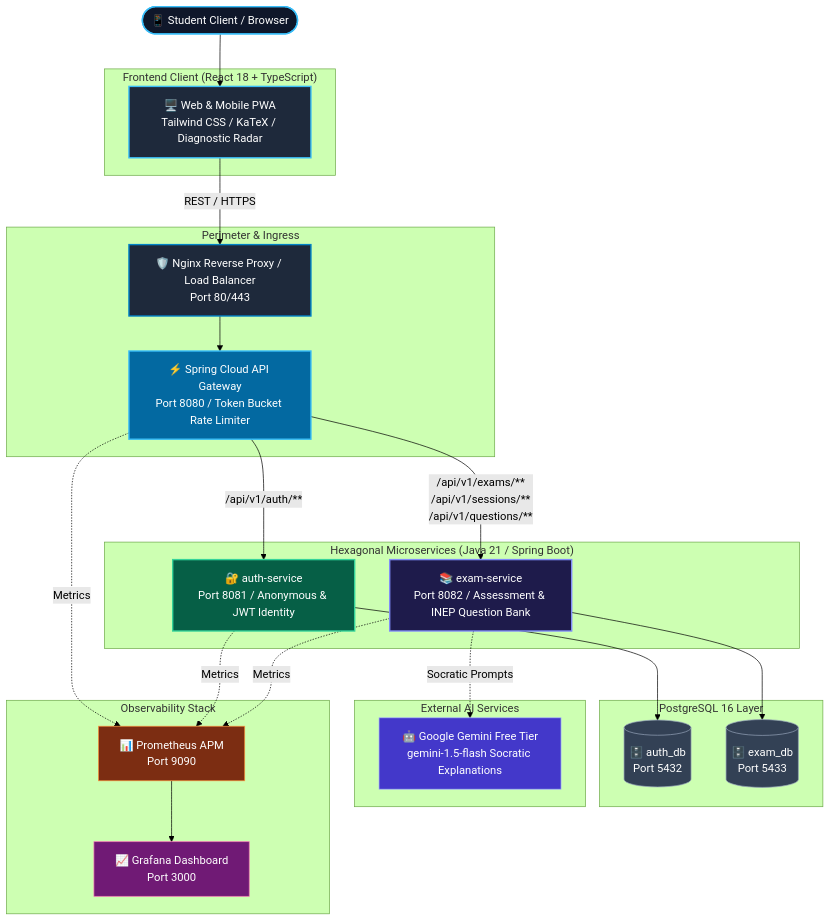
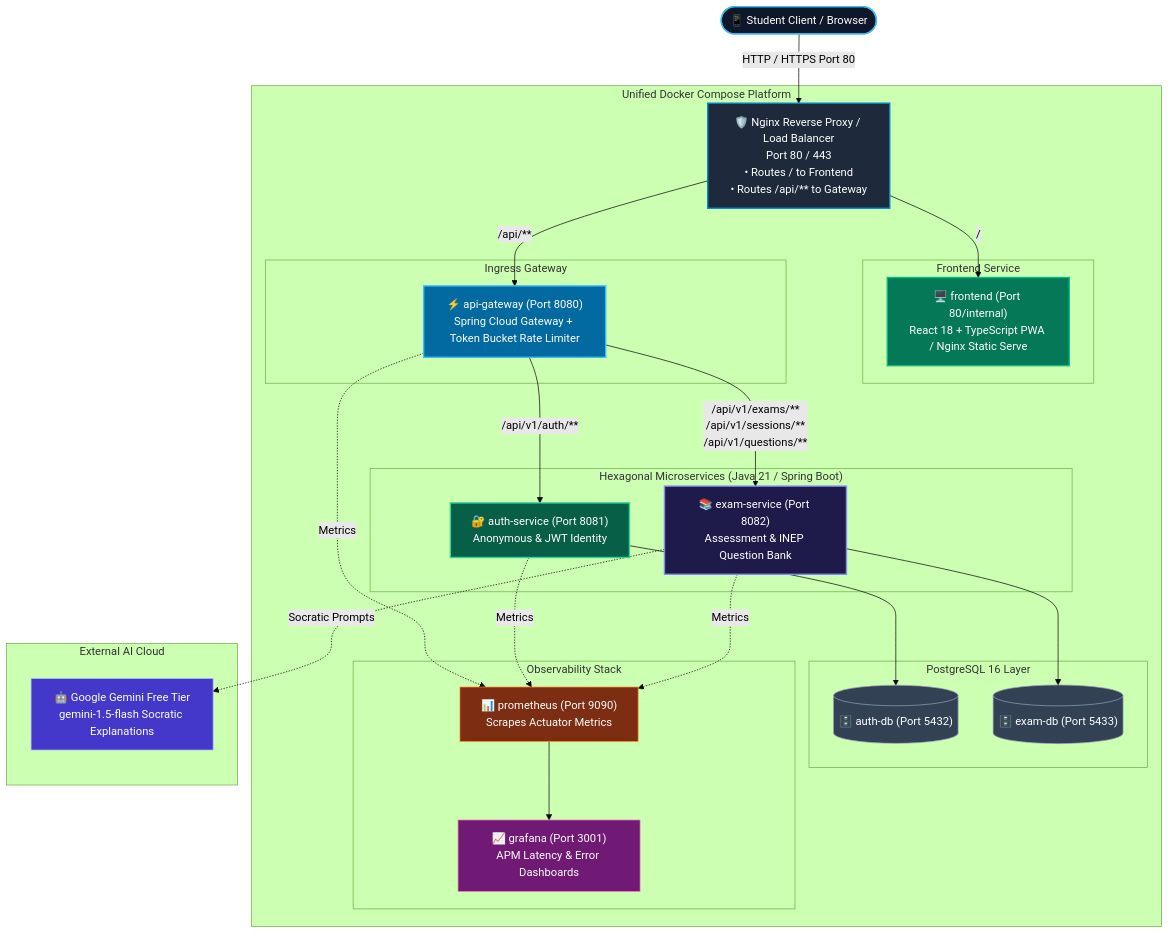
Before and after one commit to Veras-D/AprovaENEM: the diagram in README.md, drawn with Mermaid (forest theme). The commit also changed other lines of this file and 2 other files, not shown here.

Commit message:
docs: update architecture, README, and backlog to reflect full-stack Docker Compose setup

````diff
--- a/README.md
+++ b/README.md
@@ -89,59 +89,62 @@
 ```mermaid
 graph TD
     User([📱 Student Client / Browser])
     
-    subgraph FrontendLayer ["Frontend Client (React 18 + TypeScript)"]
-        UI["🖥️ Web & Mobile PWA<br/>Tailwind CSS / KaTeX / Diagnostic Radar"]
+    subgraph DockerPlatform ["Unified Docker Compose Platform"]
+        Nginx["🛡️ Nginx Reverse Proxy / Load Balancer<br/>Port 80 / 443<br/>• Routes / to Frontend<br/>• Routes /api/** to Gateway"]
+
+        subgraph FrontendContainer ["Frontend Service"]
+            UI["🖥️ frontend (Port 80/internal)<br/>React 18 + TypeScript PWA / Nginx Static Serve"]
+        end
+
+        subgraph IngressContainer ["Ingress Gateway"]
+            Gateway["⚡ api-gateway (Port 8080)<br/>Spring Cloud Gateway + Token Bucket Rate Limiter"]
+        end
+
+        subgraph MicroservicesLayer ["Hexagonal Microservices (Java 21 / Spring Boot)"]
+            AuthSvc["🔐 auth-service (Port 8081)<br/>Anonymous & JWT Identity"]
+            ExamSvc["📚 exam-service (Port 8082)<br/>Assessment & INEP Question Bank"]
+        end
+
+        subgraph PersistenceLayer ["PostgreSQL 16 Layer"]
+            AuthDB[("🗄️ auth-db (Port 5432)")]
+            ExamDB[("🗄️ exam-db (Port 5433)")]
+        end
+
+        subgraph TelemetryLayer ["Observability Stack"]
+            Prometheus["📊 prometheus (Port 9090)<br/>Scrapes Actuator Metrics"]
+            Grafana["📈 grafana (Port 3001)<br/>APM Latency & Error Dashboards"]
+        end
     end
 
-    subgraph IngressLayer ["Perimeter & Ingress"]
-        Nginx["🛡️ Nginx Reverse Proxy / Load Balancer<br/>Port 80/443"]
-        Gateway["⚡ Spring Cloud API Gateway<br/>Port 8080 / Token Bucket Rate Limiter"]
-    end
-
-    subgraph MicroservicesLayer ["Hexagonal Microservices (Java 21 / Spring Boot)"]
-        AuthSvc["🔐 auth-service<br/>Port 8081 / Anonymous & JWT Identity"]
-        ExamSvc["📚 exam-service<br/>Port 8082 / Assessment & INEP Question Bank"]
-    end
-
-    subgraph PersistenceLayer ["PostgreSQL 16 Layer"]
-        AuthDB[("🗄️ auth_db<br/>Port 5432")]
-        ExamDB[("🗄️ exam_db<br/>Port 5433")]
-    end
-
-    subgraph ExternalServices ["External AI Services"]
+    subgraph ExternalServices ["External AI Cloud"]
         Gemini["🤖 Google Gemini Free Tier<br/>gemini-1.5-flash Socratic Explanations"]
     end
 
-    subgraph TelemetryLayer ["Observability Stack"]
-        Prometheus["📊 Prometheus APM<br/>Port 9090"]
-        Grafana["📈 Grafana Dashboard<br/>Port 3000"]
-    end
-
-    User --> UI
-    UI -->|REST / HTTPS| Nginx
-    Nginx --> Gateway
+    User -->|HTTP / HTTPS Port 80| Nginx
+    Nginx -->|/| UI
+    Nginx -->|/api/**| Gateway
     Gateway -->|/api/v1/auth/**| AuthSvc
     Gateway -->|/api/v1/exams/**<br/>/api/v1/sessions/**<br/>/api/v1/questions/**| ExamSvc
 
     AuthSvc --> AuthDB
     ExamSvc --> ExamDB
     ExamSvc -.->|Socratic Prompts| Gemini
 
     Gateway -.->|Metrics| Prometheus
     AuthSvc -.->|Metrics| Prometheus
     ExamSvc -.->|Metrics| Prometheus
     Prometheus --> Grafana
 
     style User fill:#0f172a,stroke:#38bdf8,stroke-width:2px,color:#fff
-    style UI fill:#1e293b,stroke:#38bdf8,stroke-width:2px,color:#fff
     style Nginx fill:#1e293b,stroke:#0284c7,stroke-width:2px,color:#fff
+    style UI fill:#047857,stroke:#10b981,stroke-width:2px,color:#fff
     style Gateway fill:#0369a1,stroke:#38bdf8,stroke-width:2px,color:#fff
     style AuthSvc fill:#065f46,stroke:#34d399,stroke-width:2px,color:#fff
     style ExamSvc fill:#1e1b4b,stroke:#818cf8,stroke-width:2px,color:#fff
     style AuthDB fill:#334155,stroke:#94a3b8,color:#fff
     style ExamDB fill:#334155,stroke:#94a3b8,color:#fff
     style Gemini fill:#4338ca,stroke:#a5b4fc,color:#fff
     style Prometheus fill:#7c2d12,stroke:#fb923c,color:#fff
     style Grafana fill:#701a75,stroke:#f472b6,color:#fff
 ```
````
